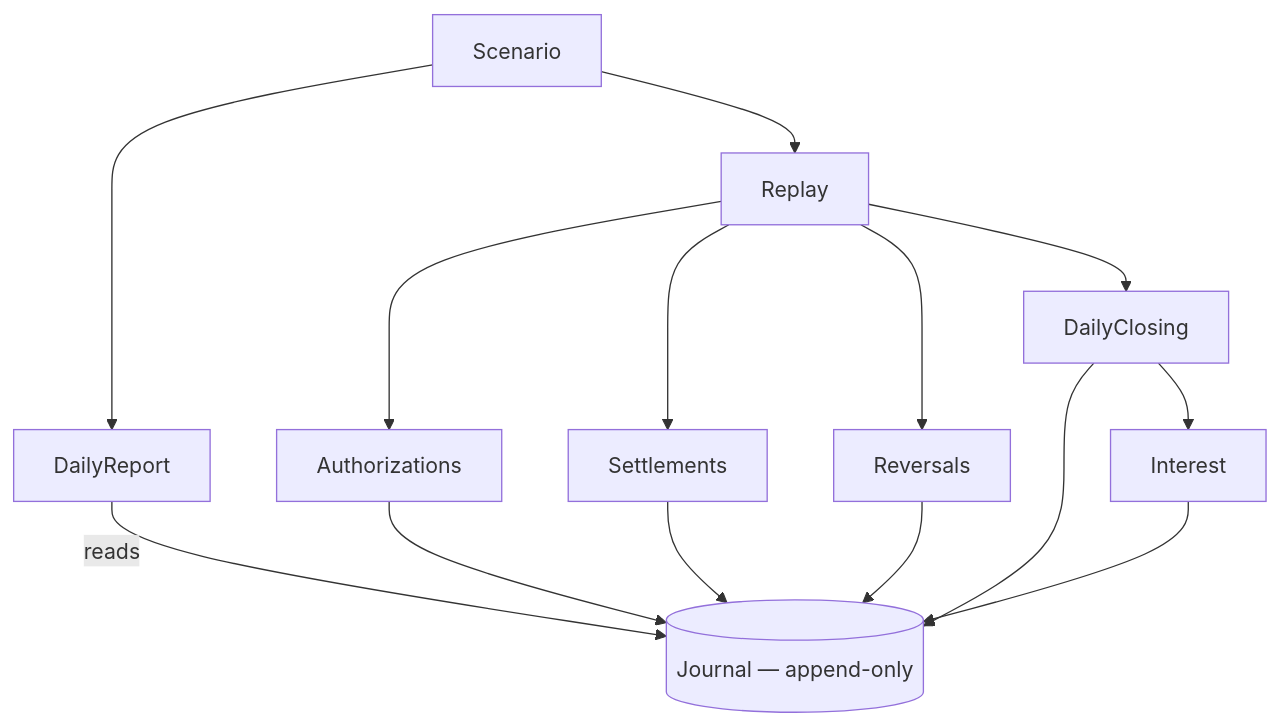
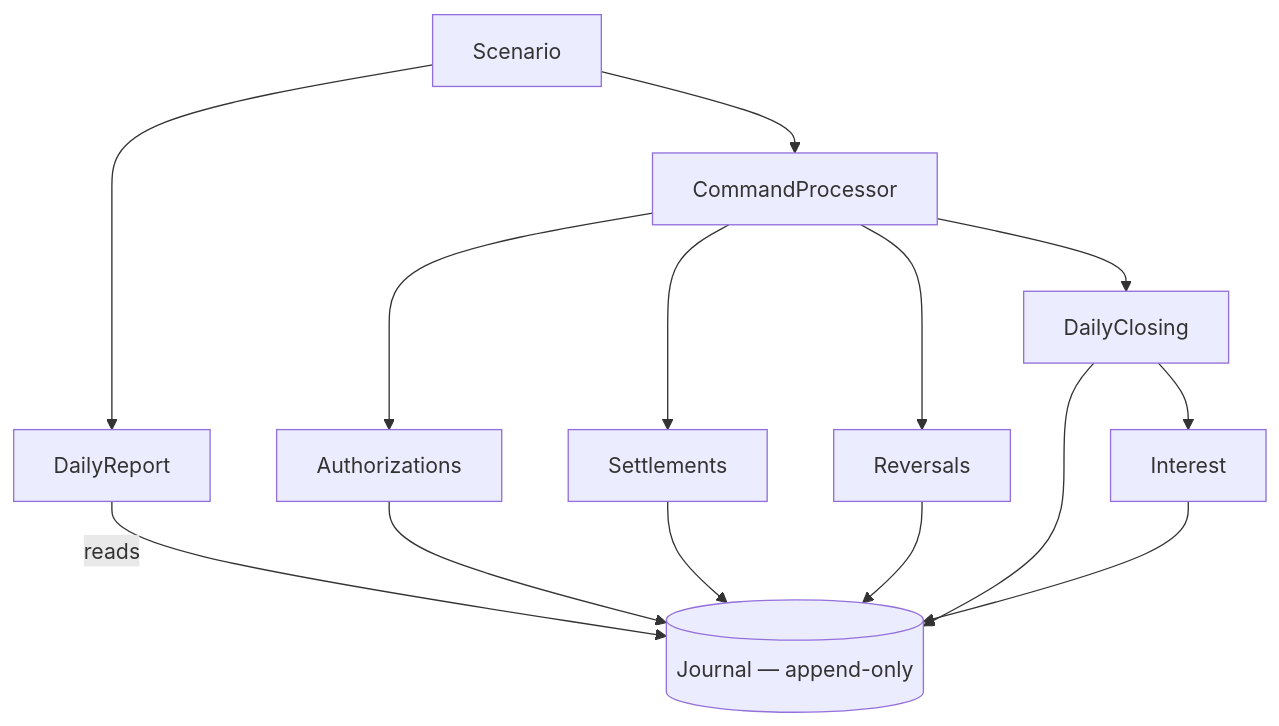
Before and after one commit to davassi/account-ledger: the diagram in README.md, drawn with Mermaid. The commit also changed other lines of this file and 29 other files, not shown here.

Commit message:
Add on-hold reporting and architecture overview

````diff
--- a/README.md
+++ b/README.md
@@ -272,17 +232,17 @@
 ```mermaid
 flowchart TD
-    Scenario --> Replay
+    Scenario --> CommandProcessor
     Scenario --> DailyReport
     DailyReport -->|reads| Journal
-    Replay --> Authorizations
-    Replay --> Settlements
-    Replay --> Reversals
-    Replay --> DailyClosing
+    CommandProcessor --> Authorizations
+    CommandProcessor --> Settlements
+    CommandProcessor --> Reversals
+    CommandProcessor --> DailyClosing
     DailyClosing --> Interest
     Authorizations --> Journal
     Settlements --> Journal
     Reversals --> Journal
     DailyClosing --> Journal
     Interest --> Journal
     Journal[("Journal — append-only")]
 ```
````
